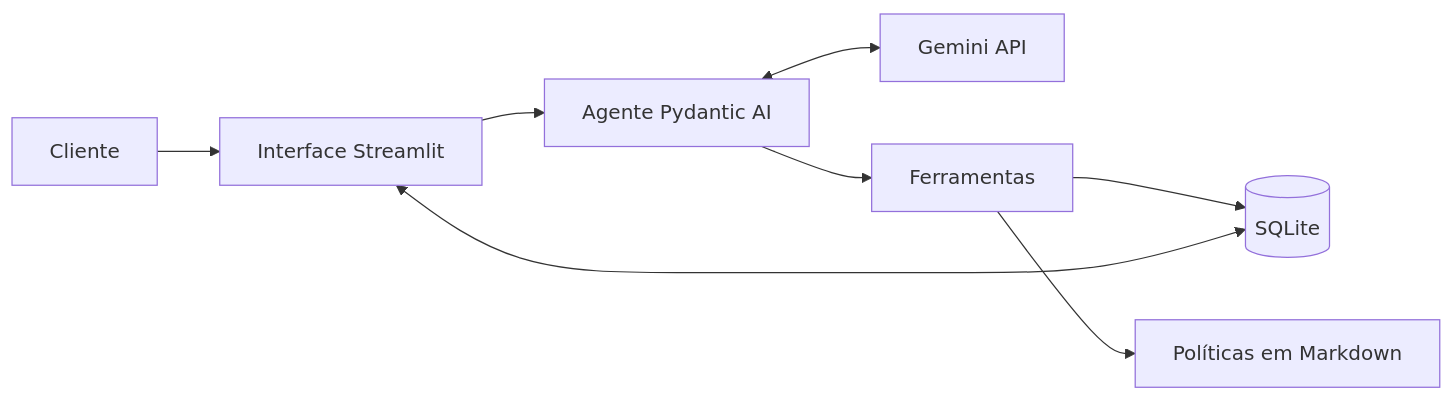
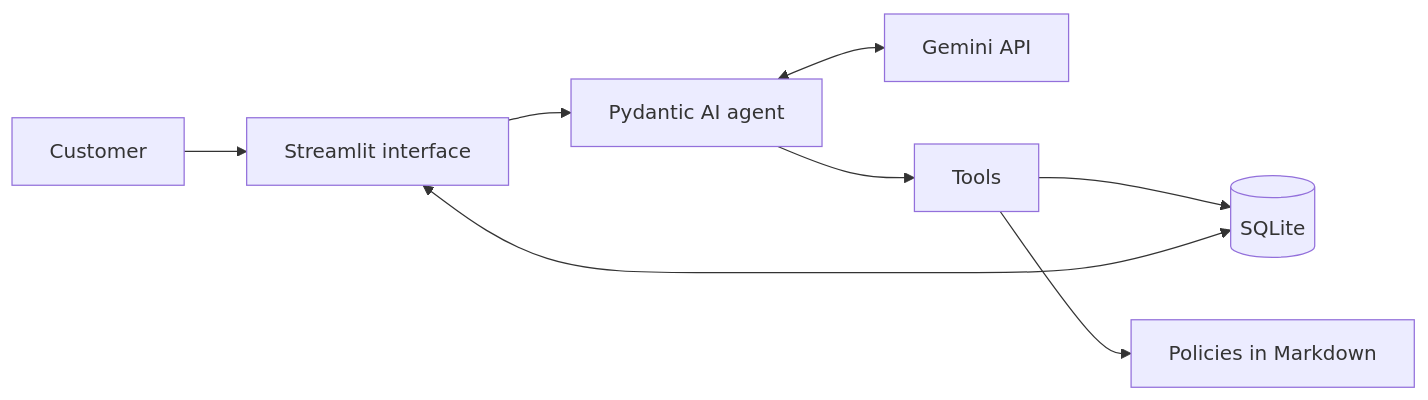
One commit to luanfreitas8779/emporio-agente-atendimento changed the first of 2 diagrams in docs/02-architecture.md. Above: the diagram before and after it, drawn with Mermaid. The commit also changed other lines of this file, not shown here.

Commit message:
docs: translate architecture and ADRs to English

````diff
--- a/docs/02-architecture.md
+++ b/docs/02-architecture.md
@@ -7,10 +7,10 @@
 ```mermaid
 flowchart LR
-    C[Cliente] --> UI[Interface Streamlit]
-    UI --> A[Agente Pydantic AI]
+    C[Customer] --> UI[Streamlit interface]
+    UI --> A[Pydantic AI agent]
     A <--> G[Gemini API]
-    A --> T[Ferramentas]
+    A --> T[Tools]
     T --> DB[(SQLite)]
-    T --> P[Políticas em Markdown]
+    T --> P[Policies in Markdown]
     UI <--> DB
 ```
````
